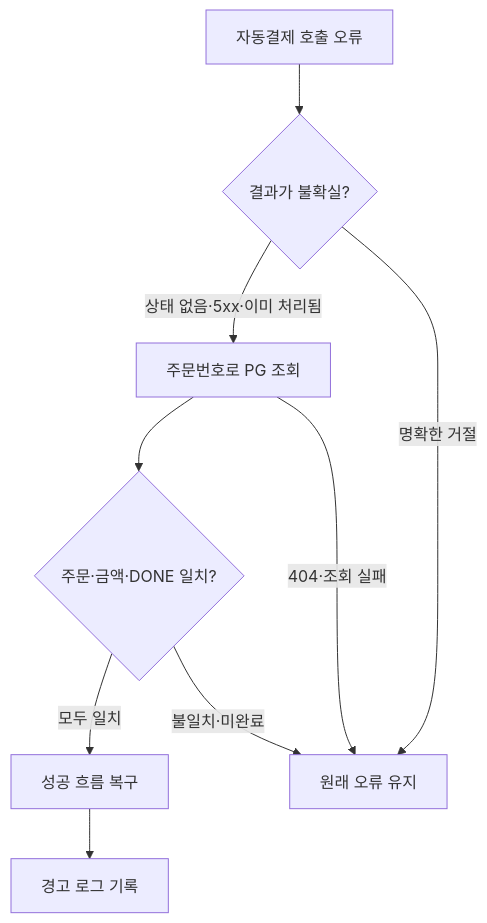
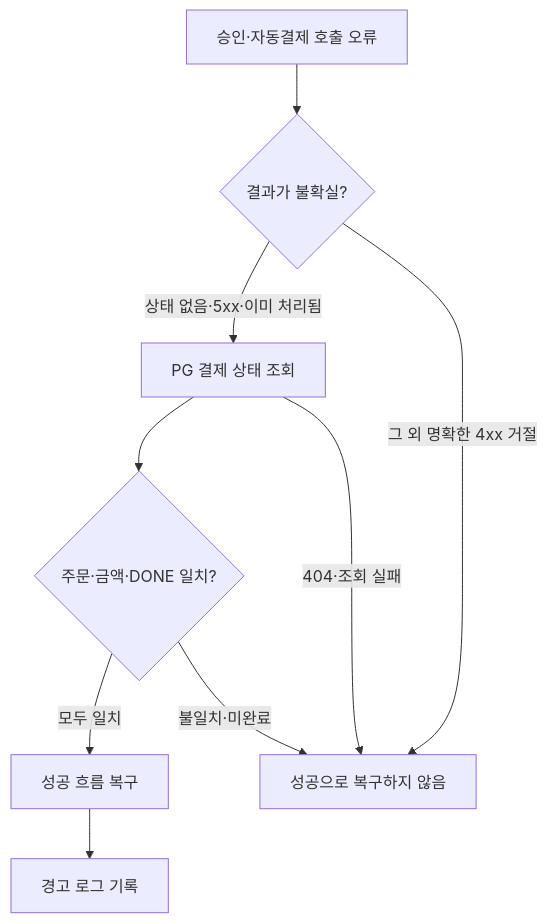
Before and after one commit to labyrinth30/labyrinth30.github.io: the diagram in src/diagrams/recovery.mmd, drawn with Mermaid. The commit also changed 7 other files, not shown here.

```diff
--- a/src/diagrams/recovery.mmd
+++ b/src/diagrams/recovery.mmd
@@ -1,9 +1,9 @@
 flowchart TB
-  E[자동결제 호출 오류] --> A{결과가 불확실?}
-  A -->|상태 없음·5xx·이미 처리됨| Q[주문번호로 PG 조회]
-  A -->|명확한 거절| F[원래 오류 유지]
+  E[승인·자동결제 호출 오류] --> A{결과가 불확실?}
+  A -->|상태 없음·5xx·이미 처리됨| Q[PG 결제 상태 조회]
+  A -->|그 외 명확한 4xx 거절| F[성공으로 복구하지 않음]
   Q --> C{주문·금액·DONE 일치?}
   C -->|모두 일치| S[성공 흐름 복구]
   C -->|불일치·미완료| F
   Q -->|404·조회 실패| F
   S --> L[경고 로그 기록]
```
